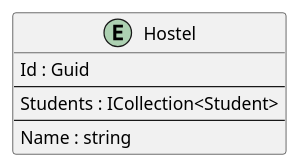
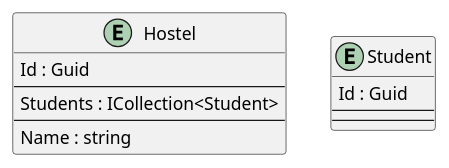
Before and after one commit to intrepion/https-code-maze.com-csharp-create-better-looking-console-applications-with-spectre-console-: the diagram in .docs/HostelStudents.pu, drawn with PlantUML.

Commit message:
gawk -i inplace "{ gsub(/' EntityCodePlaceholder/, \"entity Student {\n\ \ \ \ Id : Guid\n\ \ \ \ --\n\ \ \ \ ' StudentKeyCodePlaceholder\n\ \ \ \ --\n\ \ \ \ ' StudentPropertyCodePlaceholder\n}\n\n' EntityCodePlaceholder\") }; { print }" .docs/HostelStudents.pu

```diff
--- a/.docs/HostelStudents.pu
+++ b/.docs/HostelStudents.pu
@@ -1,17 +1,25 @@
 @startuml
 
 entity Hostel {
     Id : Guid
     --
     Students : ICollection<Student>
     ' HostelKeyCodePlaceholder
     --
     Name : string
     ' HostelPropertyCodePlaceholder
 }
 
+entity Student {
+    Id : Guid
+    --
+    ' StudentKeyCodePlaceholder
+    --
+    ' StudentPropertyCodePlaceholder
+}
+
 ' EntityCodePlaceholder
 
 ' RelationshipCodePlaceholder
 
 @enduml
```
